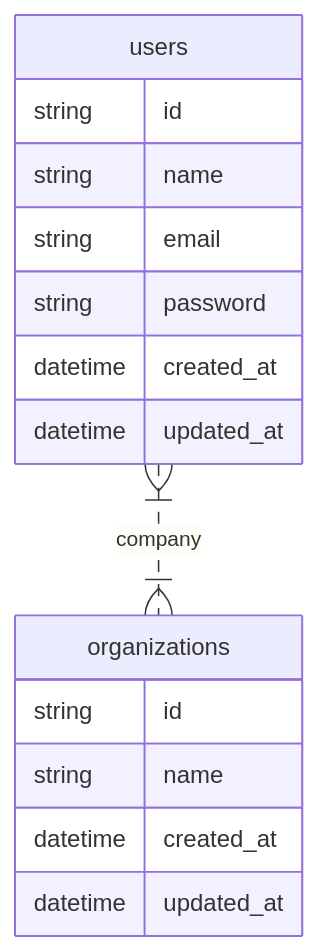
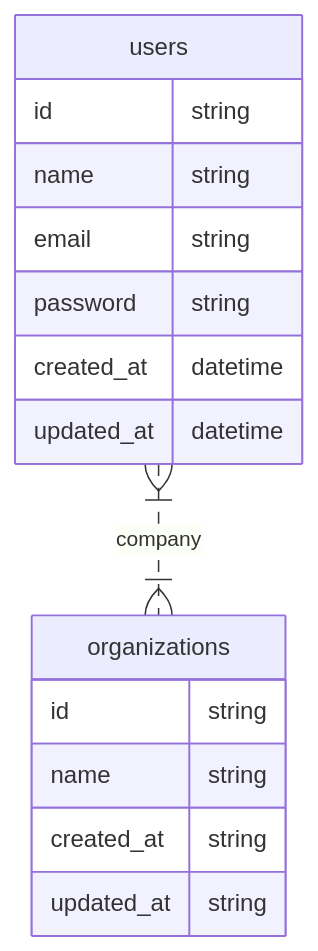
The diagram in db/er.md (takumi12311123/project-kadai3), drawn with Mermaid before and after one commit.

````diff
--- a/db/er.md
+++ b/db/er.md
@@ -1,21 +1,21 @@
 ```mermaid
 erDiagram
 
   users {
-  string id
-  string name
-  string email
-  string password
-  datetime created_at
-  datetime updated_at
+  id string 
+  name string 
+  email string 
+  password string 
+  created_at datetime
+  updated_at datetime
   }
   
   organizations {
-   string id
-   string name
-   datetime created_at
-   datetime updated_at
+   id string
+   name string
+   created_at string
+   updated_at string
   }
   
   users }|..|{ organizations: company
 ```
````
